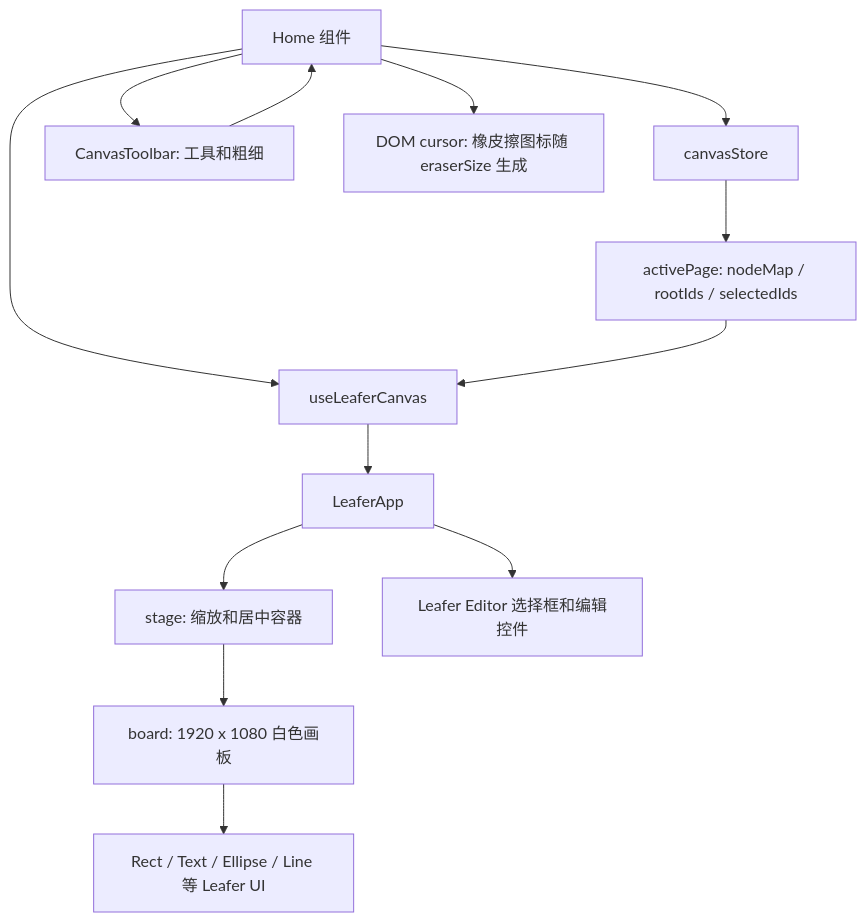
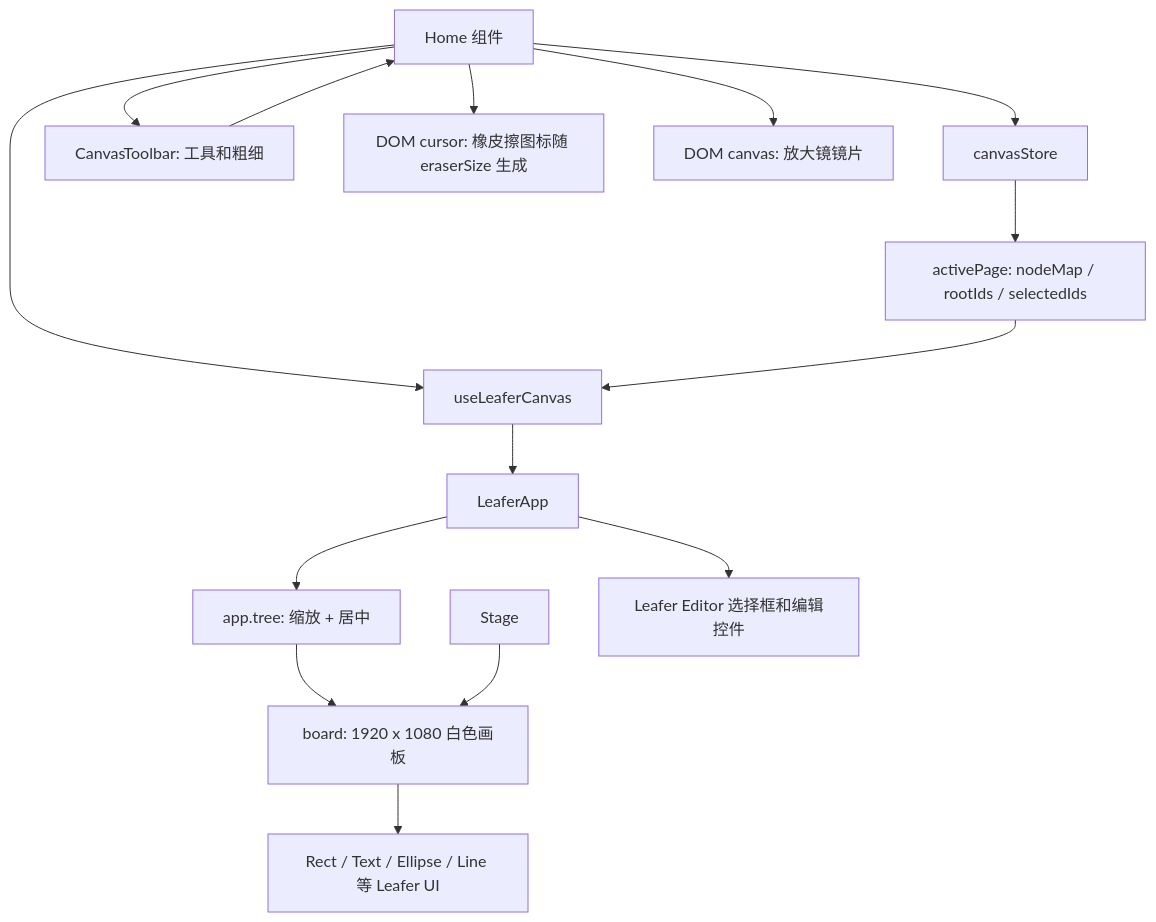
Before and after one commit to Tajigaqzh/paint-canvas: the first of 14 diagrams in docs/useLeaferCanvas-logic.md, drawn with Mermaid. The commit also changed other lines of this file and 32 other files, not shown here.

````diff
--- a/docs/useLeaferCanvas-logic.md
+++ b/docs/useLeaferCanvas-logic.md
@@ -9,15 +9,17 @@
 ```mermaid
 flowchart TD
   Home[Home 组件] --> Store[canvasStore]
   Home --> Toolbar[CanvasToolbar: 工具和粗细]
   Toolbar --> Home
   Home --> Cursor[DOM cursor: 橡皮擦图标随 eraserSize 生成]
+  Home --> Lens[DOM canvas: 放大镜镜片]
   Home --> Hook[useLeaferCanvas]
   Store --> Page[activePage: nodeMap / rootIds / selectedIds]
   Page --> Hook
   Hook --> App[LeaferApp]
-  App --> Stage[stage: 缩放和居中容器]
+  App --> Tree["app.tree: 缩放 + 居中"]
+  Tree --> Board[board: 1920 x 1080 白色画板]
   Stage --> Board[board: 1920 x 1080 白色画板]
   Board --> UI[Rect / Text / Ellipse / Line 等 Leafer UI]
   App --> Editor[Leafer Editor 选择框和编辑控件]
 ```
````
